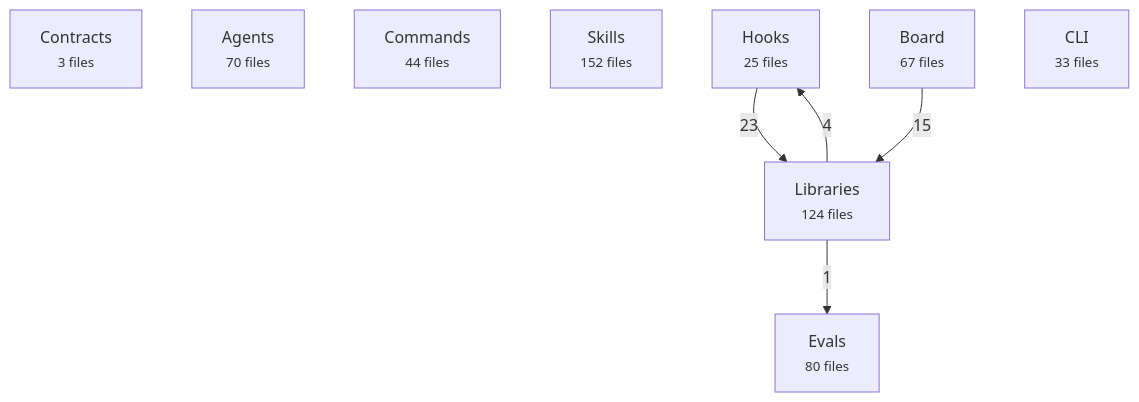
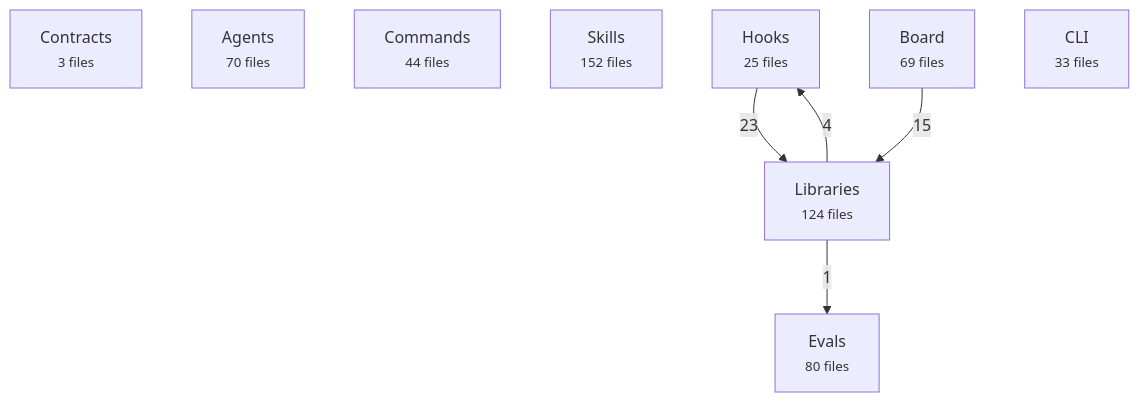
One commit to avelikiy/great_cto changed the first of 2 diagrams in docs/reference/architecture-map.md. Above: the diagram before and after it, drawn with Mermaid. The commit also changed other lines of this file and 3 other files, not shown here.

````diff
--- a/docs/reference/architecture-map.md
+++ b/docs/reference/architecture-map.md
@@ -20,16 +20,16 @@
 ```mermaid
 flowchart TD
   contracts["Contracts<br/><small>3 files</small>"]
   agents["Agents<br/><small>70 files</small>"]
   commands["Commands<br/><small>44 files</small>"]
   skills["Skills<br/><small>152 files</small>"]
   hooks["Hooks<br/><small>25 files</small>"]
   libs["Libraries<br/><small>124 files</small>"]
-  board["Board<br/><small>67 files</small>"]
+  board["Board<br/><small>69 files</small>"]
   cli["CLI<br/><small>33 files</small>"]
   evals["Evals<br/><small>80 files</small>"]
   hooks -->|23| libs
   board -->|15| libs
   libs -->|4| hooks
   libs -->|1| evals
 ```
````
